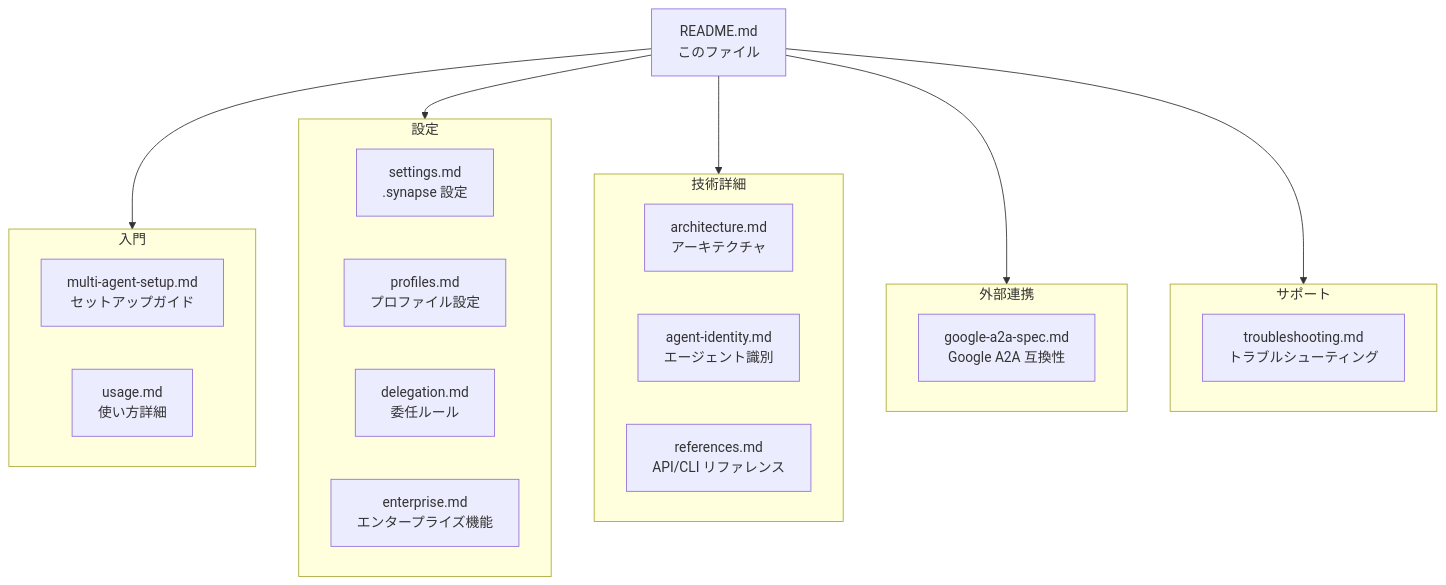
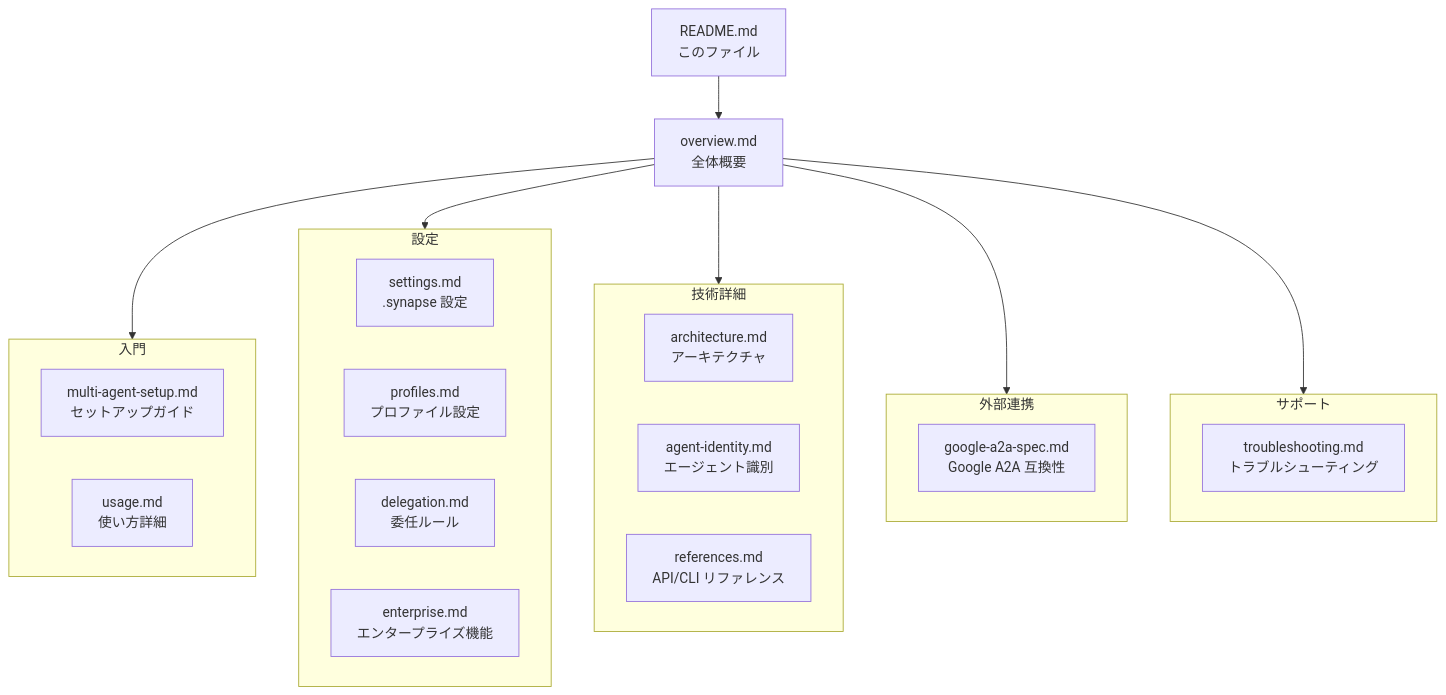
Before and after one commit to s-hiraoku/synapse-a2a: the diagram in guides/README.md, drawn with Mermaid. The commit also changed other lines of this file, not shown here.

````diff
--- a/guides/README.md
+++ b/guides/README.md
@@ -26,36 +26,38 @@
 ```mermaid
 flowchart TD
     README["README.md<br/>このファイル"]
+    Overview["overview.md<br/>全体概要"]
 
     subgraph Getting_Started["入門"]
         Setup["multi-agent-setup.md<br/>セットアップガイド"]
         Usage["usage.md<br/>使い方詳細"]
     end
 
     subgraph Configuration["設定"]
         Settings["settings.md<br/>.synapse 設定"]
         Profiles["profiles.md<br/>プロファイル設定"]
         Delegation["delegation.md<br/>委任ルール"]
         Enterprise["enterprise.md<br/>エンタープライズ機能"]
     end
 
     subgraph Technical["技術詳細"]
         Arch["architecture.md<br/>アーキテクチャ"]
         Identity["agent-identity.md<br/>エージェント識別"]
         Refs["references.md<br/>API/CLI リファレンス"]
     end
 
     subgraph External["外部連携"]
         Google["google-a2a-spec.md<br/>Google A2A 互換性"]
     end
 
     subgraph Support["サポート"]
         Trouble["troubleshooting.md<br/>トラブルシューティング"]
     end
 
-    README --> Getting_Started
-    README --> Configuration
-    README --> Technical
-    README --> External
-    README --> Support
+    README --> Overview
+    Overview --> Getting_Started
+    Overview --> Configuration
+    Overview --> Technical
+    Overview --> External
+    Overview --> Support
 ```
````
